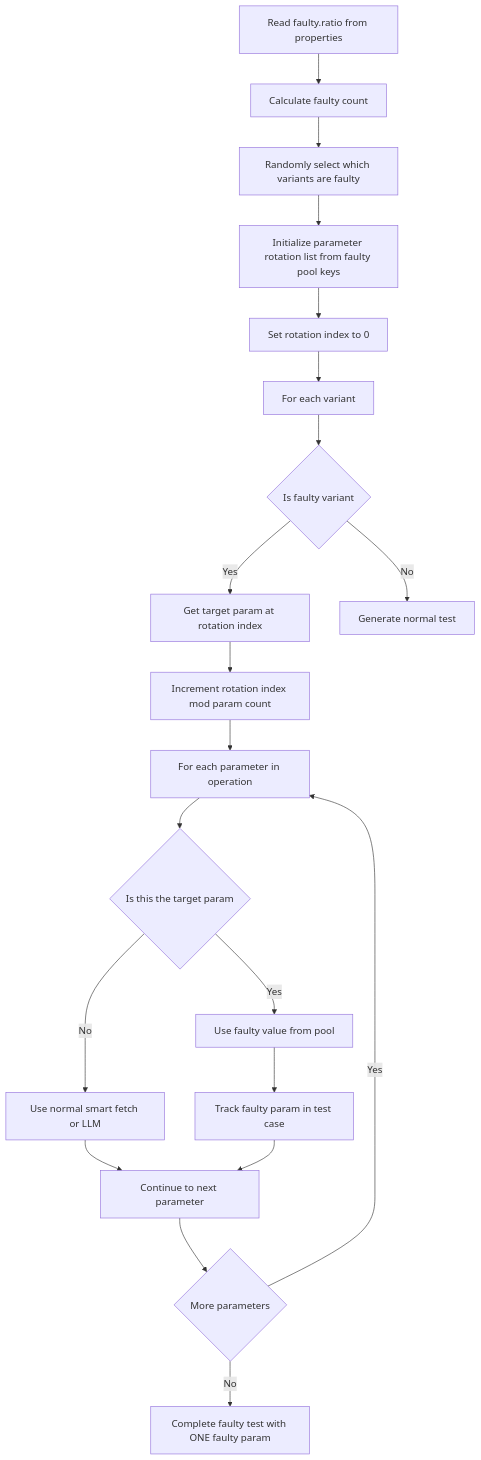
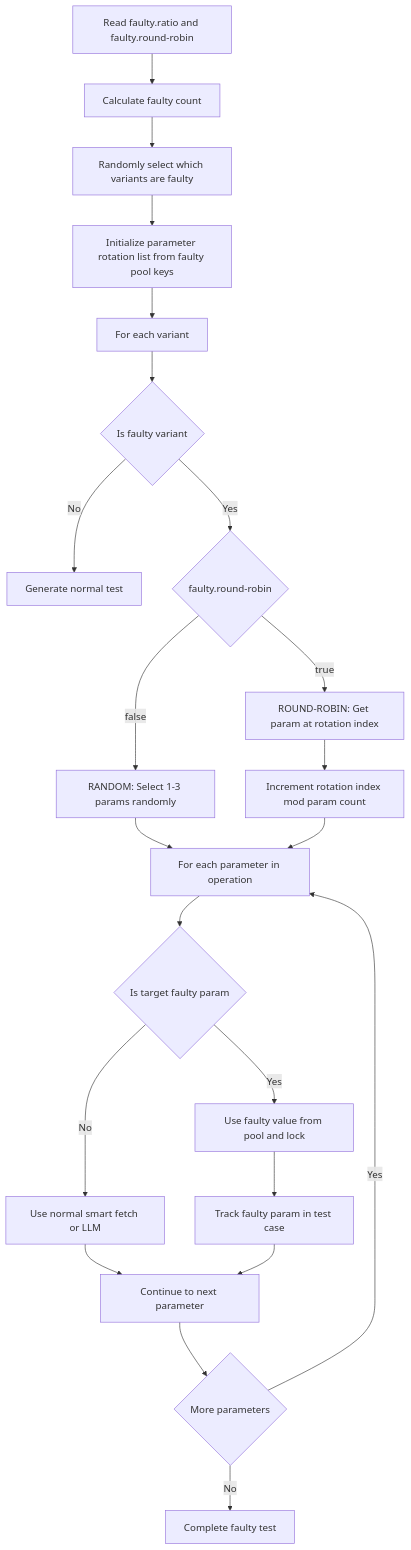
The fourth of 8 diagrams in src/main/resources/My-Example/trainticket/flow.md (miaoti/Rest), drawn with Mermaid before and after one commit. The commit also changed other lines of this file and 6 other files, not shown here.

Commit message:
round-robin <-> random

````diff
--- a/src/main/resources/My-Example/trainticket/flow.md
+++ b/src/main/resources/My-Example/trainticket/flow.md
@@ -110,22 +115,24 @@
 ```mermaid
 flowchart TD
-    A[Read faulty.ratio from properties] --> B[Calculate faulty count]
+    A[Read faulty.ratio and faulty.round-robin] --> B[Calculate faulty count]
     B --> C[Randomly select which variants are faulty]
     C --> D[Initialize parameter rotation list from faulty pool keys]
-    D --> E[Set rotation index to 0]
-    E --> F[For each variant]
-    F --> G{Is faulty variant}
-    G -->|Yes| H[Get target param at rotation index]
-    G -->|No| I[Generate normal test]
-    H --> J[Increment rotation index mod param count]
-    J --> K[For each parameter in operation]
-    K --> L{Is this the target param}
-    L -->|Yes| M[Use faulty value from pool]
-    L -->|No| N[Use normal smart fetch or LLM]
-    M --> O[Track faulty param in test case]
-    N --> P[Continue to next parameter]
-    O --> P
-    P --> Q{More parameters}
-    Q -->|Yes| K
-    Q -->|No| R[Complete faulty test with ONE faulty param]
+    D --> E[For each variant]
+    E --> F{Is faulty variant}
+    F -->|No| G[Generate normal test]
+    F -->|Yes| H{faulty.round-robin}
+    H -->|true| I[ROUND-ROBIN: Get param at rotation index]
+    H -->|false| J[RANDOM: Select 1-3 params randomly]
+    I --> K[Increment rotation index mod param count]
+    J --> L[For each parameter in operation]
+    K --> L
+    L --> M{Is target faulty param}
+    M -->|Yes| N[Use faulty value from pool and lock]
+    M -->|No| O[Use normal smart fetch or LLM]
+    N --> P[Track faulty param in test case]
+    O --> Q[Continue to next parameter]
+    P --> Q
+    Q --> R{More parameters}
+    R -->|Yes| L
+    R -->|No| S[Complete faulty test]
 ```
````
